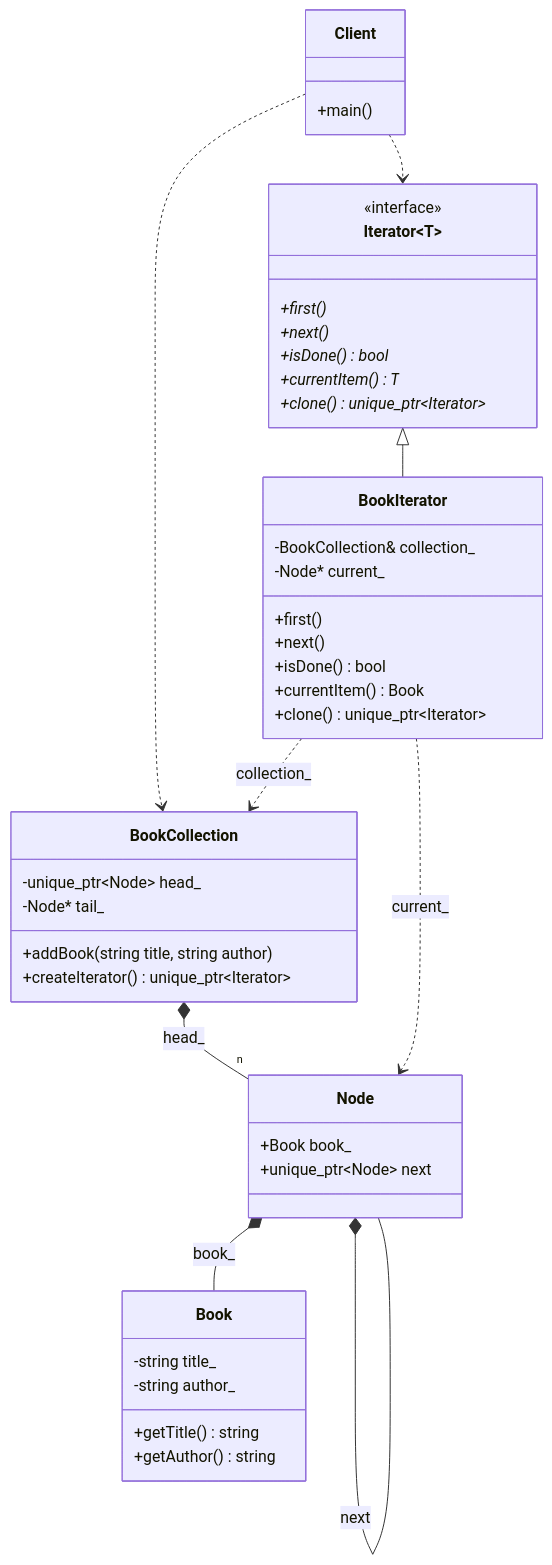
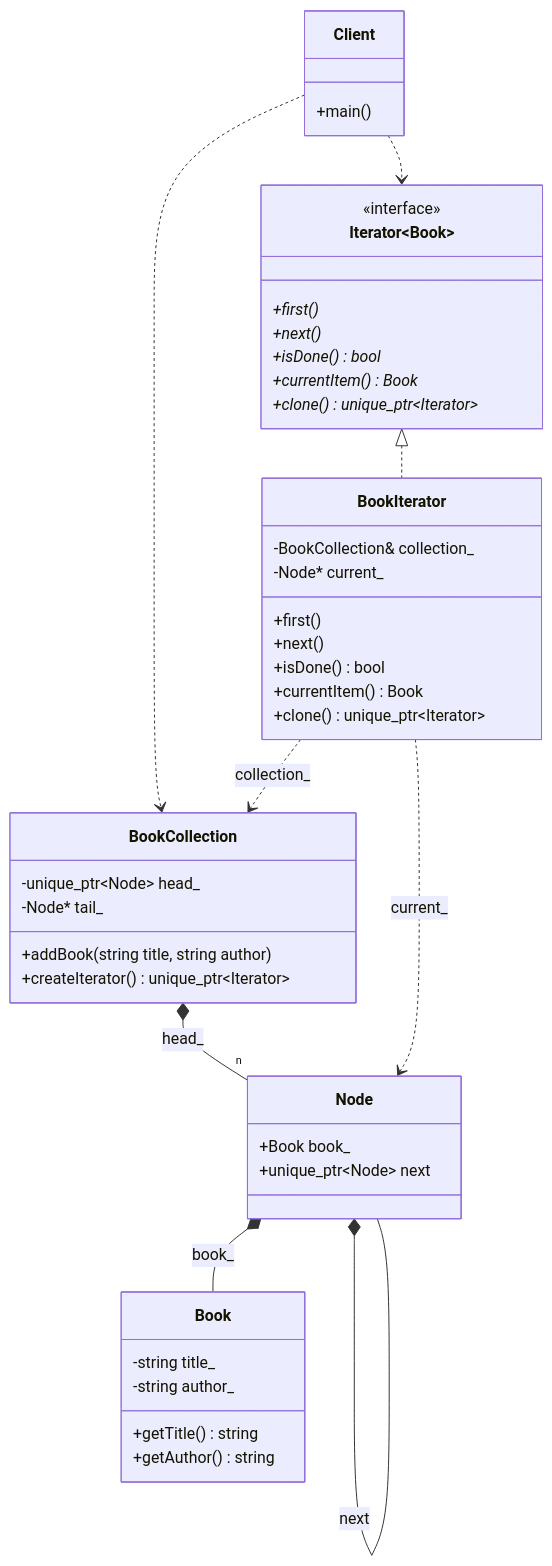
The diagram in 21_Iterator/Iterator_GoF/diagram.md (Cichlidfishexigency721/Modern-CPP-Design-Patterns), drawn with Mermaid before and after one commit.

Commit message:
Improvement in UML

````diff
--- a/21_Iterator/Iterator_GoF/diagram.md
+++ b/21_Iterator/Iterator_GoF/diagram.md
@@ -3,56 +3,56 @@
 ```mermaid
 classDiagram
     class Book {
         -string title_
         -string author_
         +getTitle() string
         +getAuthor() string
     }
 
-    class Iterator~T~ {
+    class Iterator~Book~ {
         <<interface>>
         +first()*
         +next()*
         +isDone()* bool
-        +currentItem()* T
+        +currentItem()* Book
         +clone()* unique_ptr~Iterator~
     }
 
     class Node {
         +Book book_
         +unique_ptr~Node~ next
     }
 
     class BookCollection {
         -unique_ptr~Node~ head_
         -Node* tail_
         +addBook(string title, string author)
         +createIterator() unique_ptr~Iterator~
     }
 
     class BookIterator {
         -BookCollection& collection_
         -Node* current_
         +first()
         +next()
         +isDone() bool
         +currentItem() Book
         +clone() unique_ptr~Iterator~
     }
 
     class Client {
         +main()
     }
 
-    Iterator~Book~ <|-- BookIterator
+    Iterator~Book~ <|.. BookIterator
 
     BookCollection *-- "n" Node : head_
     Node *-- Book : book_
     Node *-- Node : next
 
     BookIterator ..> BookCollection : collection_
     BookIterator ..> Node : current_
     
     Client ..> BookCollection
     Client ..> Iterator
 ```
````
